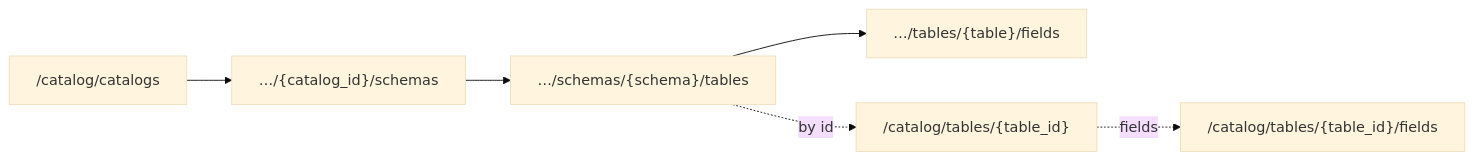
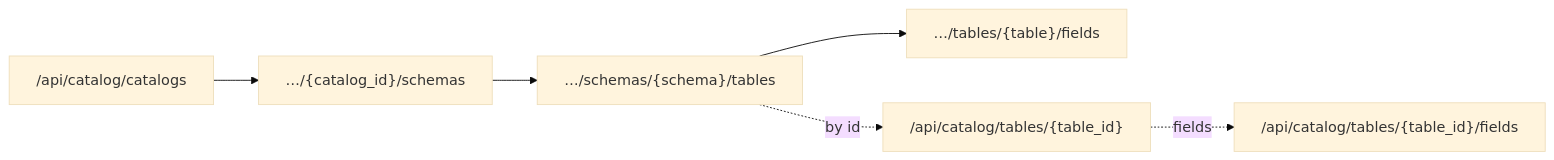
The diagram in docs/reference/http-api.md (liang-guang-jun/etlalchemy), drawn with Mermaid (base theme) before and after one commit. The commit also changed other lines of this file and 58 other files, not shown here.

````diff
--- a/docs/reference/http-api.md
+++ b/docs/reference/http-api.md
@@ -39,8 +48,8 @@
 ```mermaid
 flowchart LR
-    cat["/catalog/catalogs"] --> sch["…/{catalog_id}/schemas"]
+    cat["/api/catalog/catalogs"] --> sch["…/{catalog_id}/schemas"]
     sch --> tab["…/schemas/{schema}/tables"]
     tab --> fld["…/tables/{table}/fields"]
-    tab -.->|"by id"| loc["/catalog/tables/{table_id}"]
-    loc -.->|"fields"| locf["/catalog/tables/{table_id}/fields"]
+    tab -.->|"by id"| loc["/api/catalog/tables/{table_id}"]
+    loc -.->|"fields"| locf["/api/catalog/tables/{table_id}/fields"]
 ```
````
